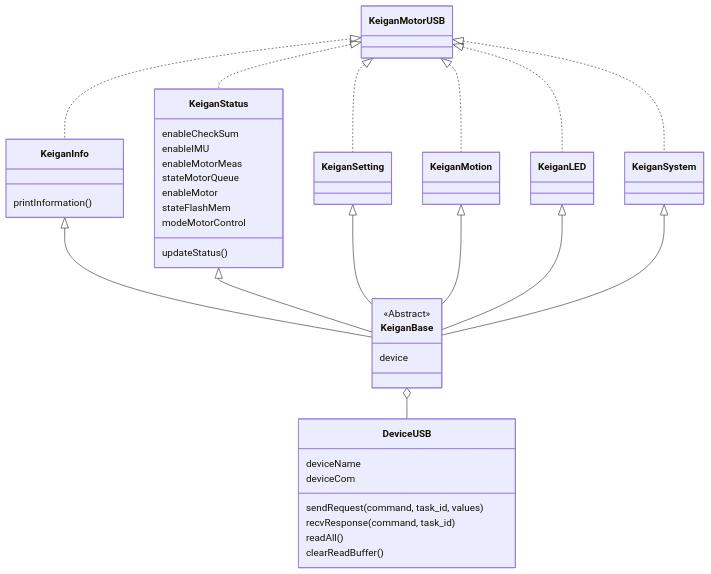
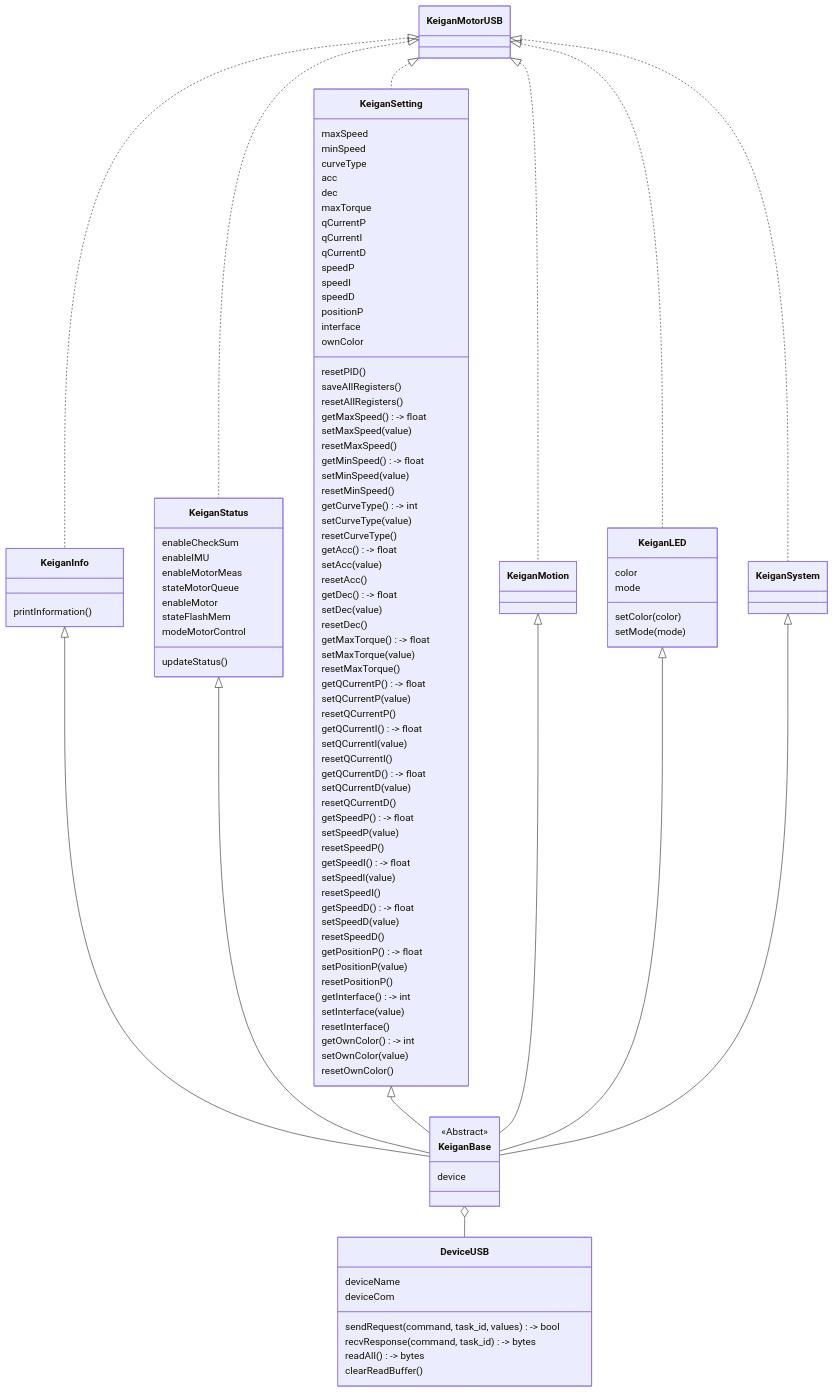
One commit to DaiGuard/pykeigan_usb changed the diagram in README.md. Above: the diagram before and after it, drawn with Mermaid. The commit also changed 5 other files, not shown here.

```diff
--- a/README.md
+++ b/README.md
@@ -14,9 +14,9 @@
         DeviceUSB
         DeviceUSB: deviceName
         DeviceUSB: deviceCom
-        DeviceUSB: sendRequest(command, task_id, values)
-        DeviceUSB: recvResponse(command, task_id)
-        DeviceUSB: readAll()
+        DeviceUSB: sendRequest(command, task_id, values) -> bool
+        DeviceUSB: recvResponse(command, task_id) -> bytes
+        DeviceUSB: readAll() -> bytes
         DeviceUSB: clearReadBuffer()
 
     class KeiganInfo
@@ -34,6 +34,79 @@
         KeiganStatus: modeMotorControl
         KeiganStatus: updateStatus()
 
+    class KeiganLED
+        KeiganLED
+        KeiganLED: color
+        KeiganLED: mode
+        KeiganLED: setColor(color)
+        KeiganLED: setMode(mode)
+
+    class KeiganSetting
+        KeiganSetting
+        KeiganSetting: maxSpeed
+        KeiganSetting: minSpeed
+        KeiganSetting: curveType
+        KeiganSetting: acc
+        KeiganSetting: dec
+        KeiganSetting: maxTorque
+        KeiganSetting: qCurrentP
+        KeiganSetting: qCurrentI
+        KeiganSetting: qCurrentD
+        KeiganSetting: speedP
+        KeiganSetting: speedI
+        KeiganSetting: speedD
+        KeiganSetting: positionP
+        KeiganSetting: interface
+        KeiganSetting: ownColor
+        KeiganSetting: resetPID()
+        KeiganSetting: saveAllRegisters()
+        KeiganSetting: resetAllRegisters()
+        KeiganSetting: getMaxSpeed() -> float
+        KeiganSetting: setMaxSpeed(value)
+        KeiganSetting: resetMaxSpeed()
+        KeiganSetting: getMinSpeed() -> float
+        KeiganSetting: setMinSpeed(value)
+        KeiganSetting: resetMinSpeed()
+        KeiganSetting: getCurveType() -> int
+        KeiganSetting: setCurveType(value)
+        KeiganSetting: resetCurveType()
+        KeiganSetting: getAcc() -> float
+        KeiganSetting: setAcc(value)
+        KeiganSetting: resetAcc()
+        KeiganSetting: getDec() -> float
+        KeiganSetting: setDec(value)
+        KeiganSetting: resetDec()
+        KeiganSetting: getMaxTorque() -> float
+        KeiganSetting: setMaxTorque(value)
+        KeiganSetting: resetMaxTorque()
+        KeiganSetting: getQCurrentP() -> float
+        KeiganSetting: setQCurrentP(value)
+        KeiganSetting: resetQCurrentP()
+        KeiganSetting: getQCurrentI() -> float
+        KeiganSetting: setQCurrentI(value)
+        KeiganSetting: resetQCurrentI()
+        KeiganSetting: getQCurrentD() -> float
+        KeiganSetting: setQCurrentD(value)
+        KeiganSetting: resetQCurrentD()
+        KeiganSetting: getSpeedP() -> float
+        KeiganSetting: setSpeedP(value)
+        KeiganSetting: resetSpeedP()
+        KeiganSetting: getSpeedI() -> float
+        KeiganSetting: setSpeedI(value)
+        KeiganSetting: resetSpeedI()
+        KeiganSetting: getSpeedD() -> float
+        KeiganSetting: setSpeedD(value)
+        KeiganSetting: resetSpeedD()
+        KeiganSetting: getPositionP() -> float
+        KeiganSetting: setPositionP(value)
+        KeiganSetting: resetPositionP()
+        KeiganSetting: getInterface() -> int
+        KeiganSetting: setInterface(value)
+        KeiganSetting: resetInterface()
+        KeiganSetting: getOwnColor() -> int
+        KeiganSetting: setOwnColor(value)
+        KeiganSetting: resetOwnColor()
+
     KeiganMotorUSB <|.. KeiganInfo
     KeiganMotorUSB <|.. KeiganStatus
     KeiganMotorUSB <|.. KeiganSetting
```
